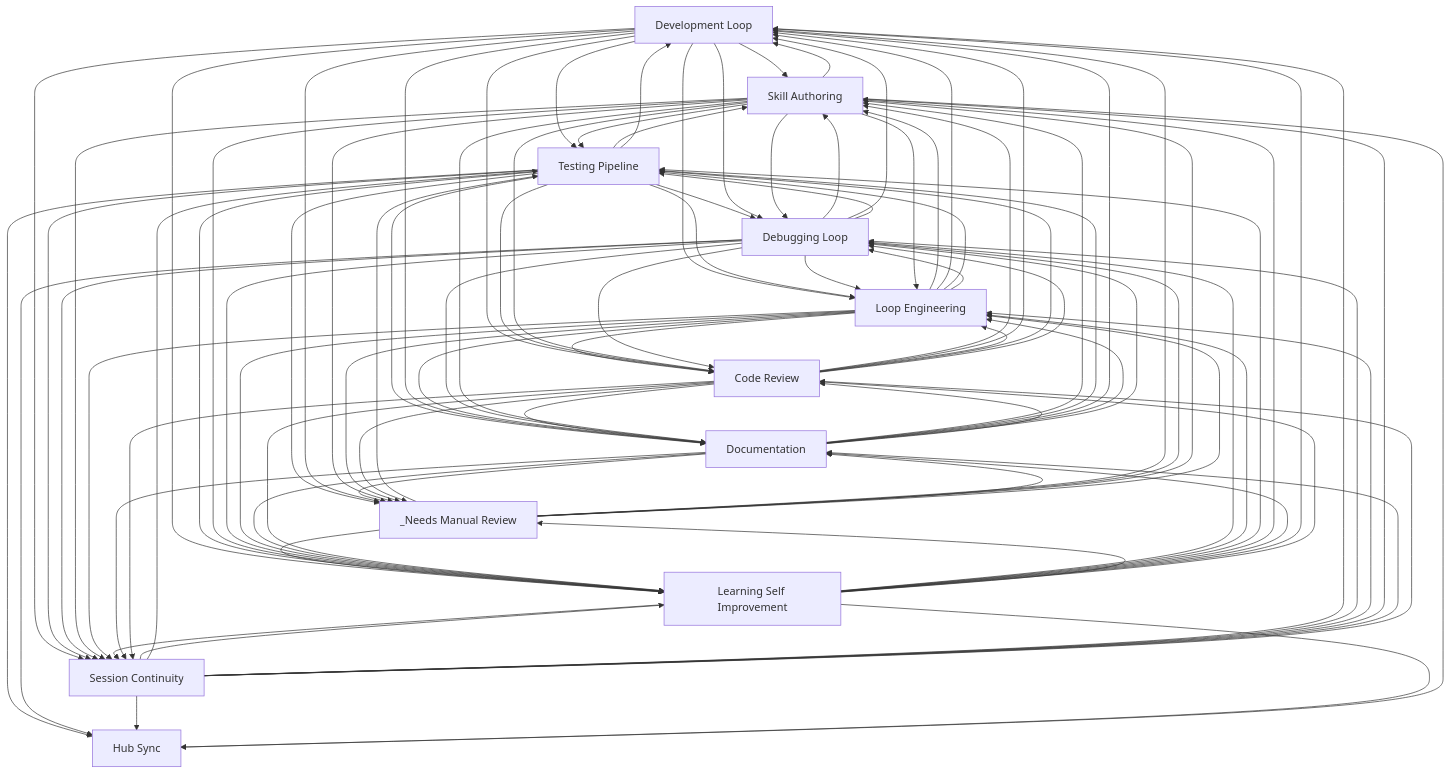
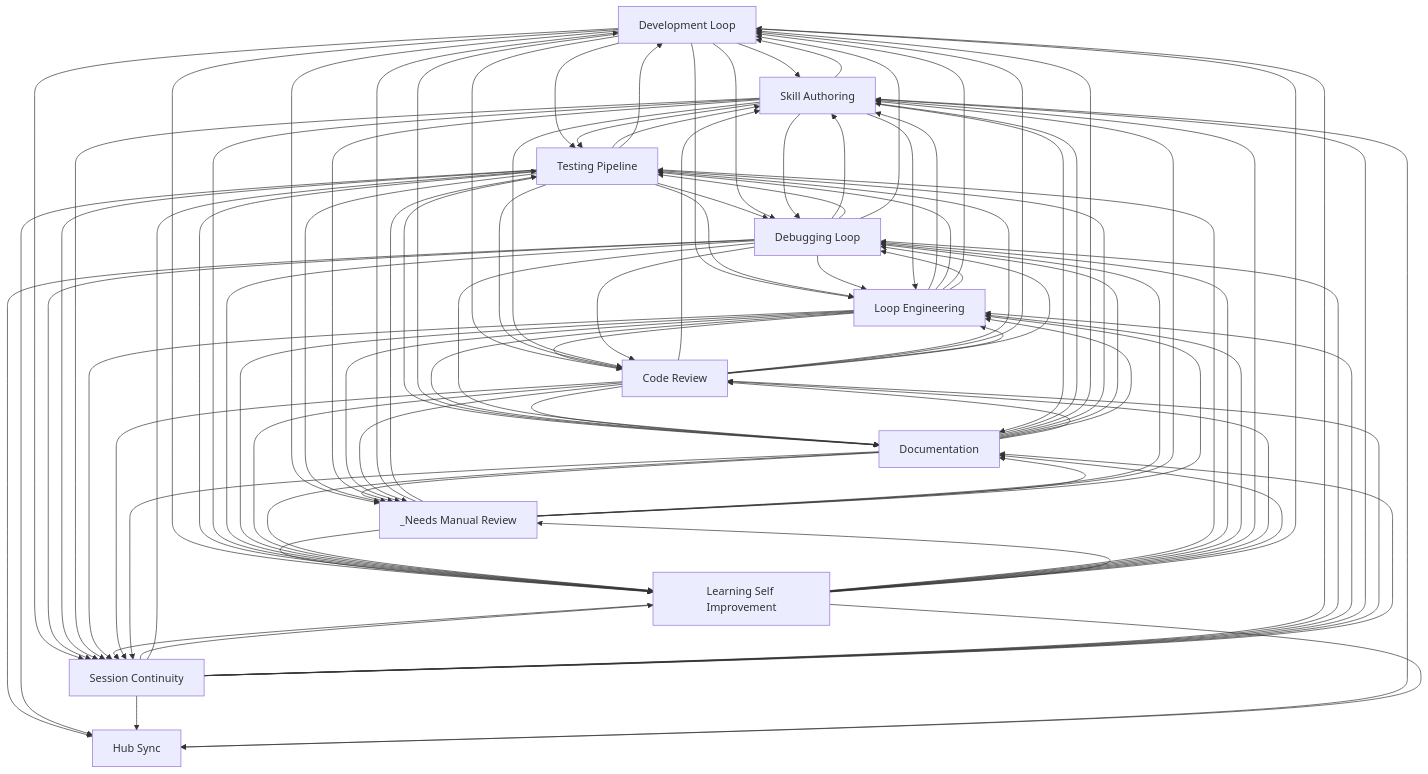
Before and after one commit to abhayla/claude-best-practices: the diagram in docs/workflows/INDEX.md, drawn with Mermaid. The commit also changed other lines of this file and 14 other files, not shown here.

````diff
--- a/docs/workflows/INDEX.md
+++ b/docs/workflows/INDEX.md
@@ -33,56 +33,56 @@
     documentation[Documentation]
     hub_sync[Hub Sync]
     _needs_manual_review[_Needs Manual Review]
-    loop_engineering --> skill_authoring
-    loop_engineering --> development_loop
-    loop_engineering --> testing_pipeline
-    loop_engineering --> code_review
-    development_loop --> skill_authoring
-    development_loop --> loop_engineering
-    development_loop --> testing_pipeline
-    development_loop --> code_review
     code_review --> skill_authoring
+    code_review --> testing_pipeline
     code_review --> development_loop
     code_review --> loop_engineering
-    code_review --> testing_pipeline
+    development_loop --> skill_authoring
+    development_loop --> code_review
+    development_loop --> testing_pipeline
+    development_loop --> loop_engineering
+    loop_engineering --> skill_authoring
+    loop_engineering --> code_review
+    loop_engineering --> testing_pipeline
+    loop_engineering --> development_loop
     skill_authoring --> testing_pipeline
     testing_pipeline --> skill_authoring
+    _needs_manual_review --> development_loop
     _needs_manual_review --> testing_pipeline
-    _needs_manual_review --> development_loop
     testing_pipeline --> development_loop
     testing_pipeline --> debugging_loop
     testing_pipeline --> loop_engineering
+    testing_pipeline --> code_review
     testing_pipeline --> documentation
-    testing_pipeline --> code_review
     debugging_loop --> skill_authoring
+    debugging_loop --> testing_pipeline
     debugging_loop --> development_loop
     debugging_loop --> loop_engineering
-    debugging_loop --> testing_pipeline
     development_loop --> debugging_loop
     development_loop --> documentation
     loop_engineering --> documentation
+    skill_authoring --> code_review
+    skill_authoring --> development_loop
     skill_authoring --> loop_engineering
-    skill_authoring --> development_loop
-    skill_authoring --> code_review
     documentation --> skill_authoring
+    documentation --> development_loop
     documentation --> testing_pipeline
-    documentation --> development_loop
+    development_loop --> _needs_manual_review
     testing_pipeline --> _needs_manual_review
-    development_loop --> _needs_manual_review
     code_review --> documentation
     session_continuity --> learning_self_improvement
     session_continuity --> testing_pipeline
+    development_loop --> session_continuity
     development_loop --> learning_self_improvement
-    development_loop --> session_continuity
     _needs_manual_review --> learning_self_improvement
     testing_pipeline --> learning_self_improvement
     loop_engineering --> debugging_loop
+    debugging_loop --> session_continuity
+    debugging_loop --> hub_sync
     testing_pipeline --> session_continuity
     testing_pipeline --> hub_sync
-    debugging_loop --> session_continuity
-    debugging_loop --> hub_sync
+    debugging_loop --> code_review
     debugging_loop --> documentation
-    debugging_loop --> code_review
     skill_authoring --> session_continuity
     session_continuity --> development_loop
     skill_authoring --> learning_self_improvement
@@ -96,32 +96,32 @@
     _needs_manual_review --> skill_authoring
     _needs_manual_review --> documentation
     documentation --> _needs_manual_review
+    learning_self_improvement --> session_continuity
+    learning_self_improvement --> testing_pipeline
     learning_self_improvement --> debugging_loop
-    learning_self_improvement --> session_continuity
     learning_self_improvement --> loop_engineering
-    learning_self_improvement --> testing_pipeline
     learning_self_improvement --> skill_authoring
+    learning_self_improvement --> code_review
     learning_self_improvement --> documentation
     learning_self_improvement --> development_loop
-    learning_self_improvement --> code_review
     skill_authoring --> _needs_manual_review
     session_continuity --> skill_authoring
     session_continuity --> hub_sync
+    session_continuity --> code_review
     session_continuity --> documentation
-    session_continuity --> code_review
     learning_self_improvement --> _needs_manual_review
+    skill_authoring --> hub_sync
     learning_self_improvement --> hub_sync
-    skill_authoring --> hub_sync
     _needs_manual_review --> loop_engineering
     loop_engineering --> learning_self_improvement
     loop_engineering --> _needs_manual_review
+    code_review --> debugging_loop
+    documentation --> debugging_loop
     documentation --> loop_engineering
-    documentation --> debugging_loop
-    code_review --> debugging_loop
     documentation --> code_review
+    code_review --> session_continuity
+    code_review --> learning_self_improvement
     documentation --> session_continuity
     documentation --> learning_self_improvement
-    code_review --> session_continuity
-    code_review --> learning_self_improvement
     code_review --> _needs_manual_review
 ```
````
